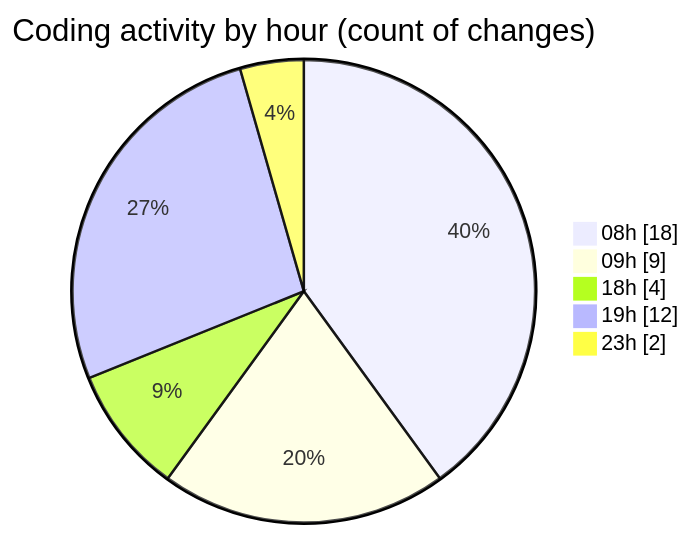
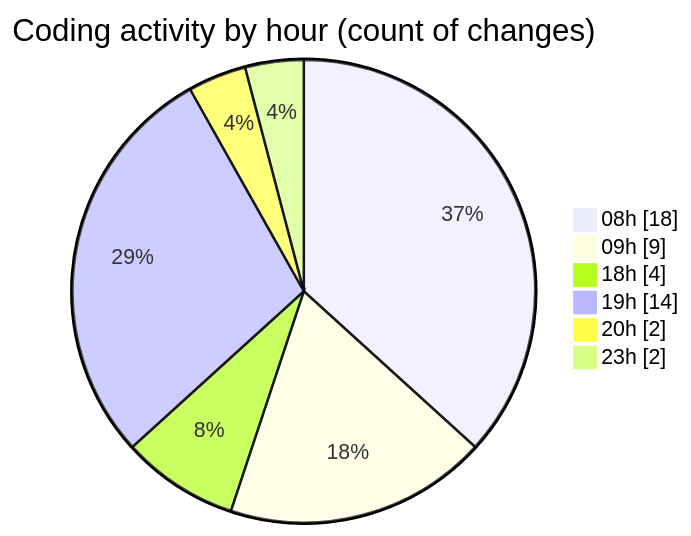
Before and after one commit to Elitesun/code-tracking: the second of 2 diagrams in 2025-05-05/niten/README.md, drawn with Mermaid. The commit also changed other lines of this file and 1 other file, not shown here.

````diff
--- a/2025-05-05/niten/README.md
+++ b/2025-05-05/niten/README.md
@@ -44,9 +45,10 @@
 ```mermaid
 pie showData
 title Coding activity by hour (count of changes)
 "08h" : 18
 "09h" : 9
 "18h" : 4
-"19h" : 12
+"19h" : 14
+"20h" : 2
 "23h" : 2
 ```
````
